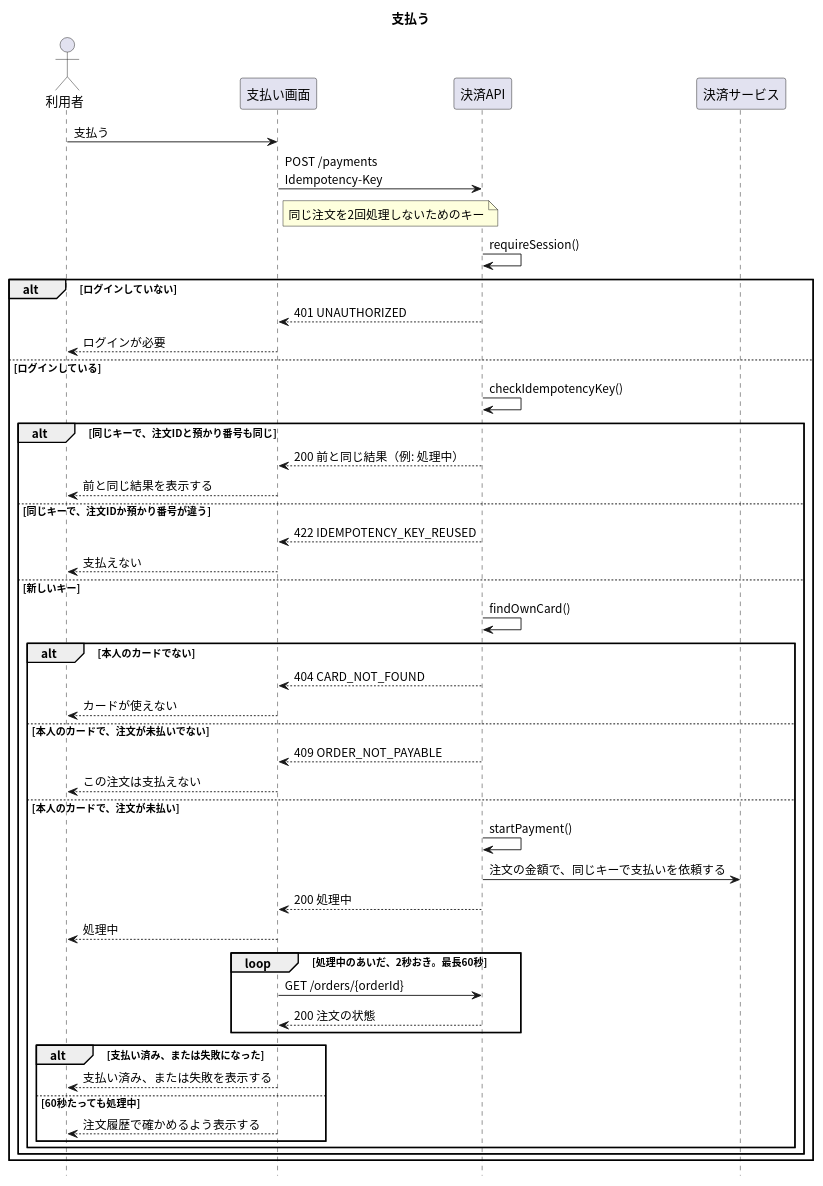
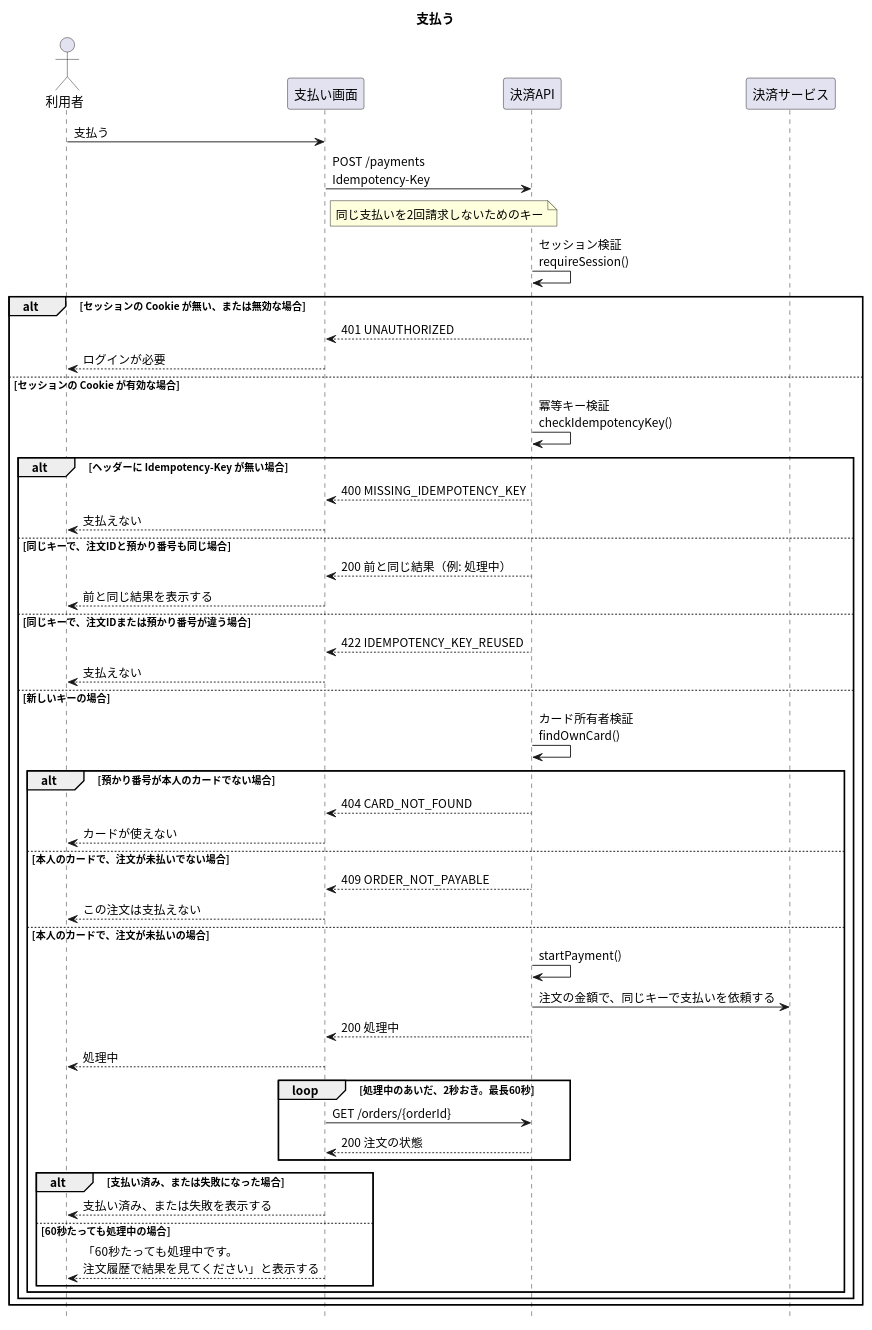
One commit to masamasamasato/design-doc-template changed the diagram in apis/create-payment/入口.puml. Above: the diagram before and after it, drawn with PlantUML. The commit also changed 113 other files, not shown here.

```diff
--- a/apis/create-payment/入口.puml
+++ b/apis/create-payment/入口.puml
@@ -1,54 +1,57 @@
 @startuml
 skinparam shadowing false
 skinparam defaultFontName "Noto Sans CJK JP"
 skinparam SequenceFontName "Noto Sans CJK JP"
 hide footbox
 
 title 支払う
 
 actor "利用者" as User
 participant "支払い画面" as Screen
 participant "決済API" as API
 participant "決済サービス" as PSP
 
 User -> Screen : 支払う
 Screen -> API : POST /payments\nIdempotency-Key
-note right of Screen : 同じ注文を2回処理しないためのキー
-API -> API : requireSession()
-alt ログインしていない
+note right of Screen : 同じ支払いを2回請求しないためのキー
+API -> API : セッション検証\nrequireSession()
+alt セッションの Cookie が無い、または無効な場合
   API --> Screen : 401 UNAUTHORIZED
   Screen --> User : ログインが必要
-else ログインしている
-  API -> API : checkIdempotencyKey()
-  alt 同じキーで、注文IDと預かり番号も同じ
+else セッションの Cookie が有効な場合
+  API -> API : 冪等キー検証\ncheckIdempotencyKey()
+  alt ヘッダーに Idempotency-Key が無い場合
+    API --> Screen : 400 MISSING_IDEMPOTENCY_KEY
+    Screen --> User : 支払えない
+  else 同じキーで、注文IDと預かり番号も同じ場合
     API --> Screen : 200 前と同じ結果（例: 処理中）
     Screen --> User : 前と同じ結果を表示する
-  else 同じキーで、注文IDか預かり番号が違う
+  else 同じキーで、注文IDまたは預かり番号が違う場合
     API --> Screen : 422 IDEMPOTENCY_KEY_REUSED
     Screen --> User : 支払えない
-  else 新しいキー
-    API -> API : findOwnCard()
-    alt 本人のカードでない
+  else 新しいキーの場合
+    API -> API : カード所有者検証\nfindOwnCard()
+    alt 預かり番号が本人のカードでない場合
       API --> Screen : 404 CARD_NOT_FOUND
       Screen --> User : カードが使えない
-    else 本人のカードで、注文が未払いでない
+    else 本人のカードで、注文が未払いでない場合
       API --> Screen : 409 ORDER_NOT_PAYABLE
       Screen --> User : この注文は支払えない
-    else 本人のカードで、注文が未払い
+    else 本人のカードで、注文が未払いの場合
       API -> API : startPayment()
       API -> PSP : 注文の金額で、同じキーで支払いを依頼する
       API --> Screen : 200 処理中
       Screen --> User : 処理中
       loop 処理中のあいだ、2秒おき。最長60秒
         Screen -> API : GET /orders/{orderId}
         API --> Screen : 200 注文の状態
       end
-      alt 支払い済み、または失敗になった
+      alt 支払い済み、または失敗になった場合
         Screen --> User : 支払い済み、または失敗を表示する
-      else 60秒たっても処理中
-        Screen --> User : 注文履歴で確かめるよう表示する
+      else 60秒たっても処理中の場合
+        Screen --> User : 「60秒たっても処理中です。\n注文履歴で結果を見てください」と表示する
       end
     end
   end
 end
 @enduml
```
